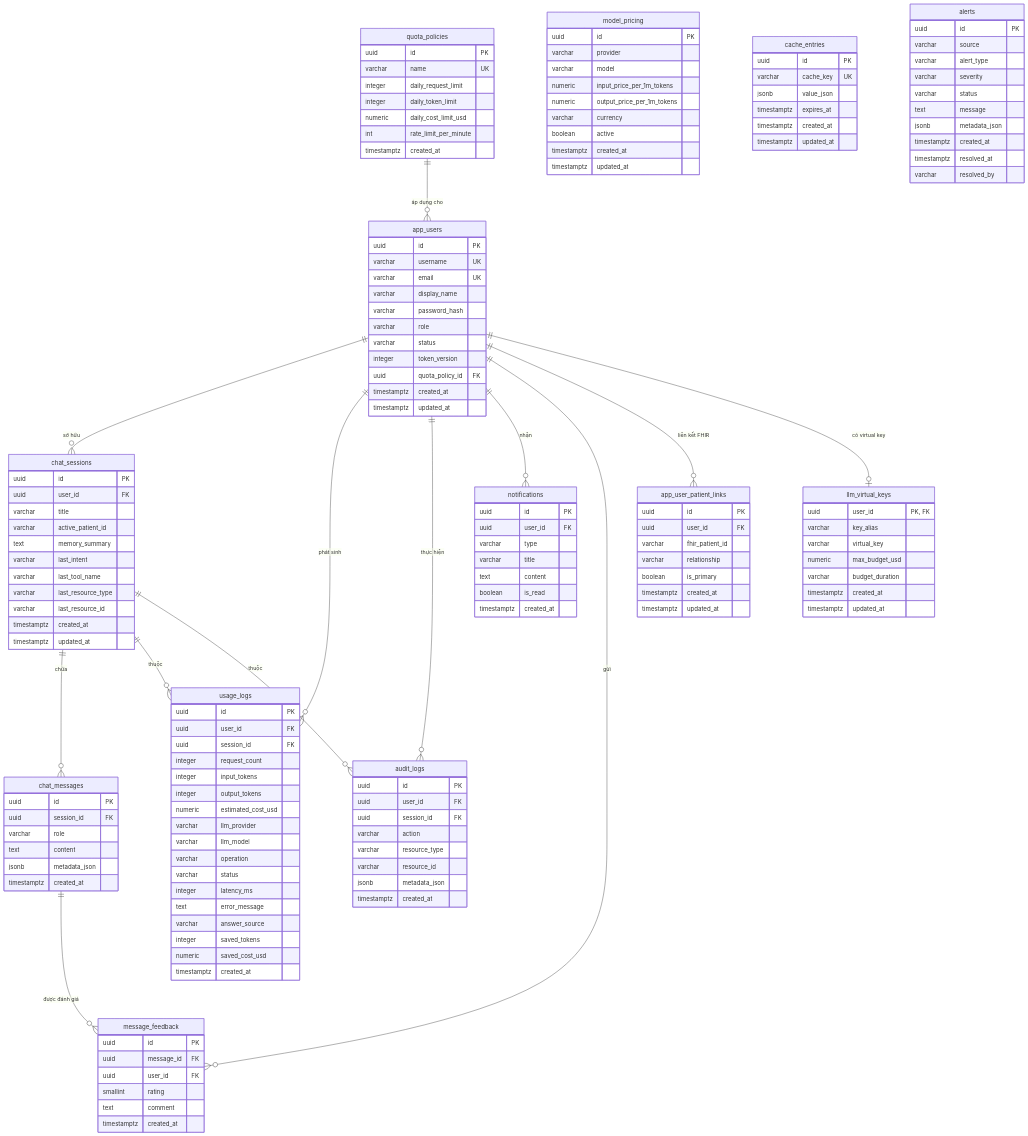
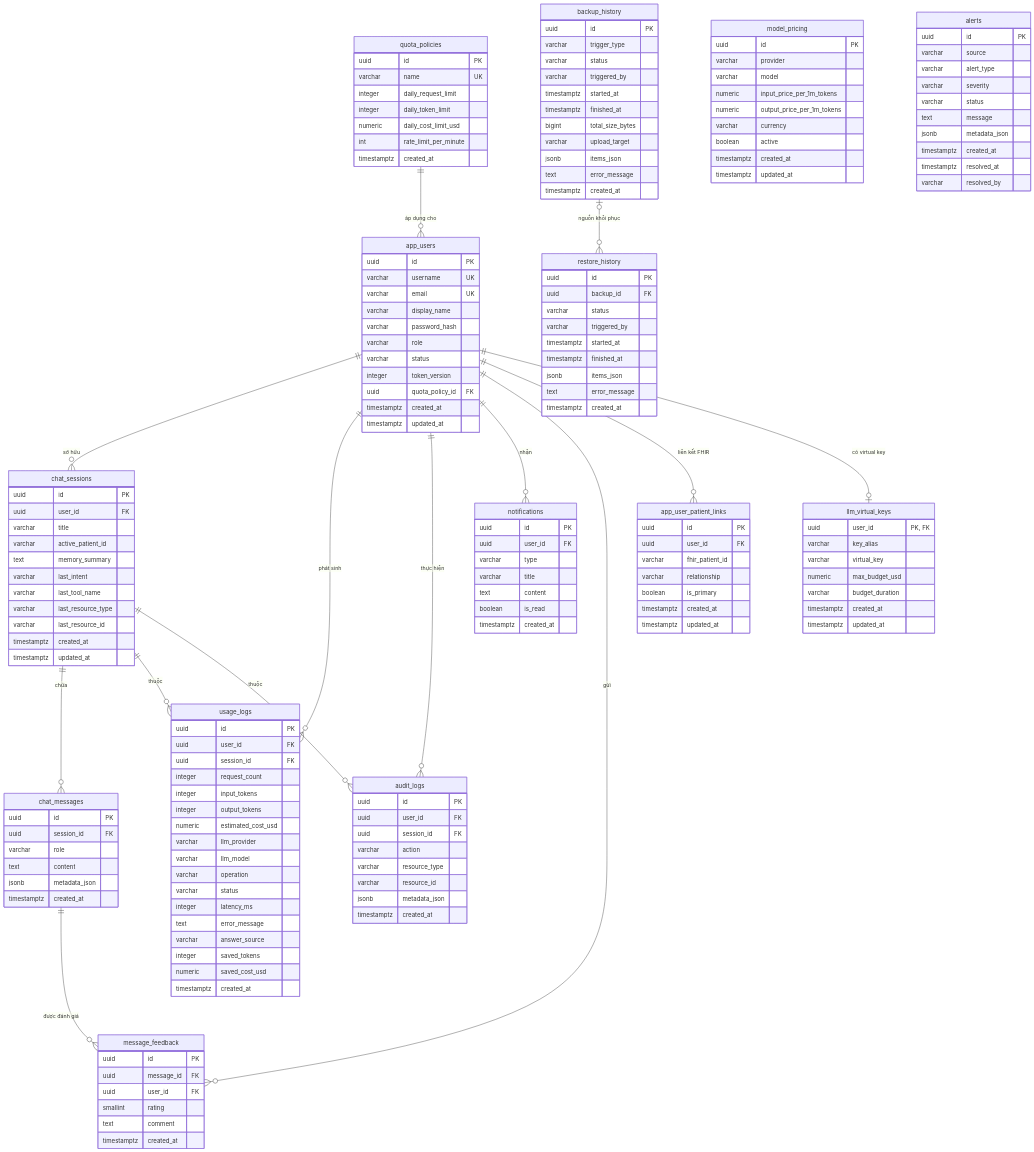
One commit to Hnd8604/medical-chatbot-system changed the diagram in backend/docs/m12-database-erd.md. Above: the diagram before and after it, drawn with Mermaid. The commit also changed other lines of this file and 41 other files, not shown here.

````diff
--- a/backend/docs/m12-database-erd.md
+++ b/backend/docs/m12-database-erd.md
@@ -32,6 +36,7 @@
     app_users        ||--o{ message_feedback        : "gửi"
     app_users        ||--o{ app_user_patient_links  : "liên kết FHIR"
     app_users        ||--o| llm_virtual_keys        : "có virtual key"
+    backup_history   o|--o{ restore_history         : "nguồn khôi phục"
 
     quota_policies {
         uuid        id PK
@@ -162,15 +167,6 @@
         timestamptz updated_at
     }
 
-    cache_entries {
-        uuid        id PK
-        varchar     cache_key UK
-        jsonb       value_json
-        timestamptz expires_at
-        timestamptz created_at
-        timestamptz updated_at
-    }
-
     alerts {
         uuid        id PK
         varchar     source
@@ -183,4 +179,30 @@
         timestamptz resolved_at
         varchar     resolved_by
     }
+
+    backup_history {
+        uuid        id PK
+        varchar     trigger_type
+        varchar     status
+        varchar     triggered_by
+        timestamptz started_at
+        timestamptz finished_at
+        bigint      total_size_bytes
+        varchar     upload_target
+        jsonb       items_json
+        text        error_message
+        timestamptz created_at
+    }
+
+    restore_history {
+        uuid        id PK
+        uuid        backup_id FK
+        varchar     status
+        varchar     triggered_by
+        timestamptz started_at
+        timestamptz finished_at
+        jsonb       items_json
+        text        error_message
+        timestamptz created_at
+    }
 ```
````
